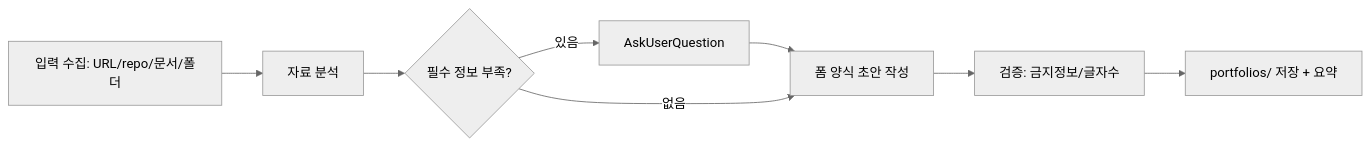
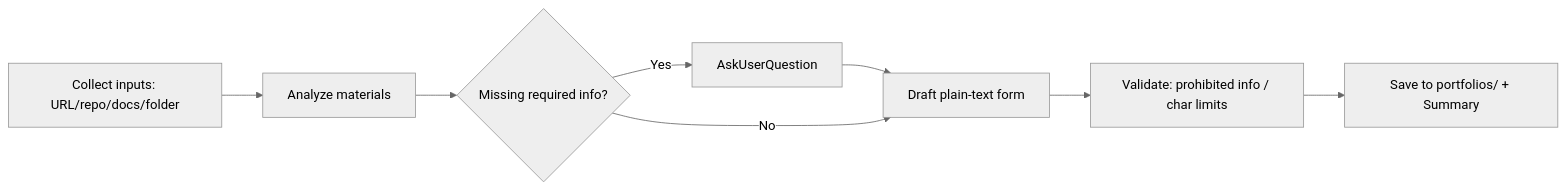
The diagram in skills/wishket-portfolio/SKILL.md (epicsagas/wishket-radar), drawn with Mermaid (neutral theme) before and after one commit. The commit also changed other lines of this file and 14 other files, not shown here.

````diff
--- a/skills/wishket-portfolio/SKILL.md
+++ b/skills/wishket-portfolio/SKILL.md
@@ -10,10 +10,10 @@
 ```mermaid
 flowchart LR
-    A[입력 수집: URL/repo/문서/폴더] --> B[자료 분석]
-    B --> C{필수 정보 부족?}
-    C -- 있음 --> D[AskUserQuestion]
+    A[Collect inputs: URL/repo/docs/folder] --> B[Analyze materials]
+    B --> C{Missing required info?}
+    C -- Yes --> D[AskUserQuestion]
     D --> E
-    C -- 없음 --> E[폼 양식 초안 작성]
-    E --> F[검증: 금지정보/글자수]
-    F --> G[portfolios/ 저장 + 요약]
+    C -- No --> E[Draft plain-text form]
+    E --> F[Validate: prohibited info / char limits]
+    F --> G[Save to portfolios/ + Summary]
 ```
````
